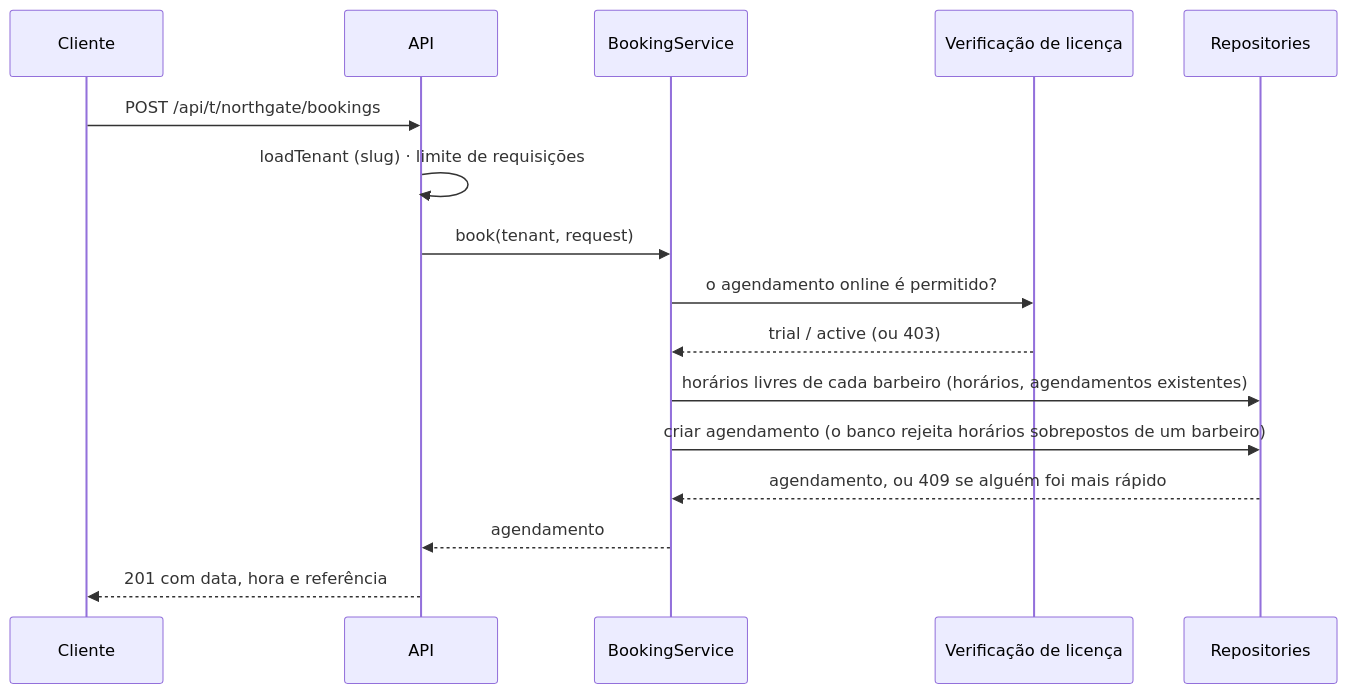
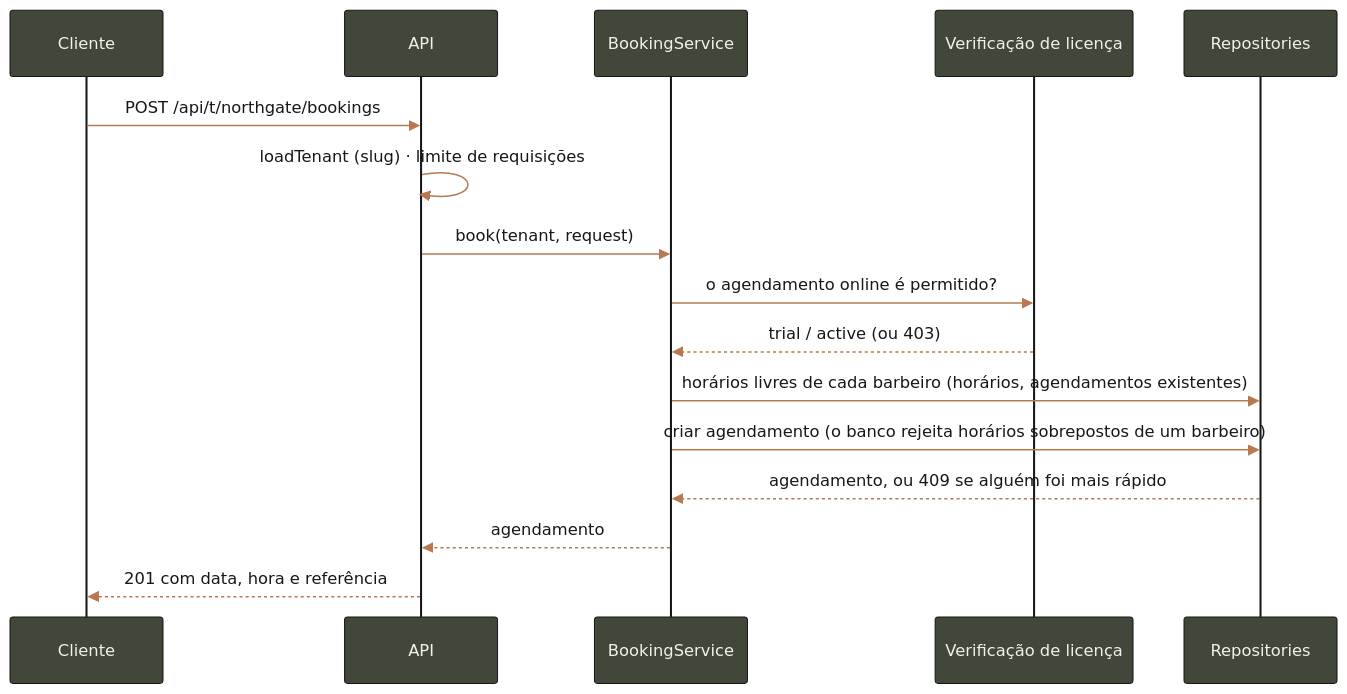
One commit to AlexandroCunha/barbershop-platform changed the third of 3 diagrams in README.pt-BR.md. Above: the diagram before and after it, drawn with Mermaid. The commit also changed other lines of this file and 2 other files, not shown here.

````diff
--- a/README.pt-BR.md
+++ b/README.pt-BR.md
@@ -206,18 +240,19 @@
 ```mermaid
+%%{init: {"theme": "base", "themeVariables": {"primaryColor": "#41483a", "primaryTextColor": "#f3f0e9", "primaryBorderColor": "#171717", "actorBkg": "#41483a", "actorBorder": "#171717", "actorTextColor": "#f3f0e9", "signalColor": "#b77951", "signalTextColor": "#171717", "noteBkgColor": "#ebe6dc", "noteBorderColor": "#b77951", "noteTextColor": "#171717", "activationBkgColor": "#ebe6dc", "activationBorderColor": "#b77951", "fontFamily": "Inter, system-ui, sans-serif"}}}%%
 sequenceDiagram
   participant C as Cliente
   participant A as API
   participant S as BookingService
   participant L as Verificação de licença
   participant R as Repositories
   C->>A: POST /api/t/northgate/bookings
   A->>A: loadTenant (slug) · limite de requisições
   A->>S: book(tenant, request)
   S->>L: o agendamento online é permitido?
   L-->>S: trial / active (ou 403)
   S->>R: horários livres de cada barbeiro (horários, agendamentos existentes)
   S->>R: criar agendamento (o banco rejeita horários sobrepostos de um barbeiro)
   R-->>S: agendamento, ou 409 se alguém foi mais rápido
   S-->>A: agendamento
   A-->>C: 201 com data, hora e referência
 ```
````
